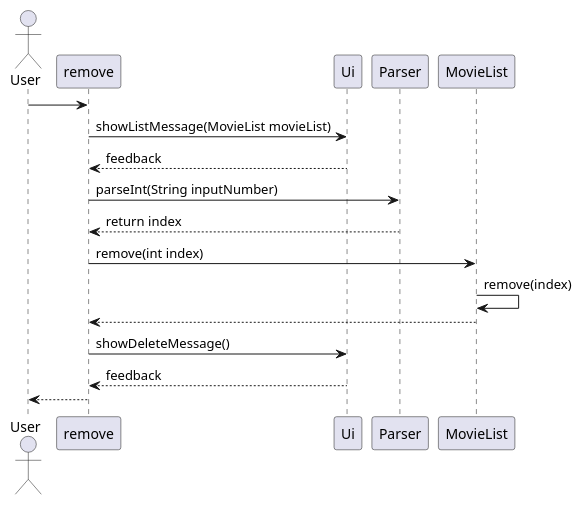
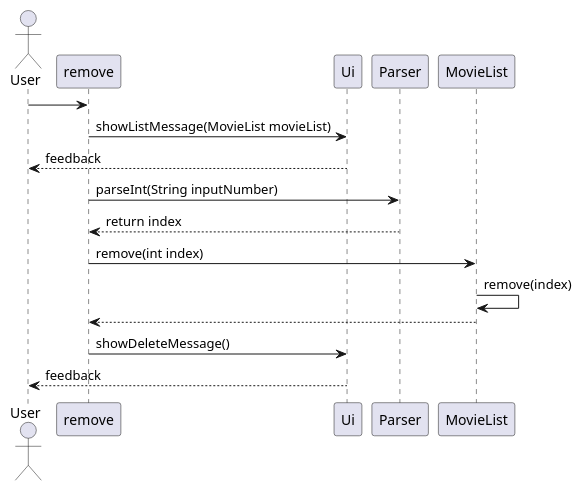
The diagram in docs/PUMLFiles/MovieList/movielist_remove_sequence.puml (zzs-RedCocoon/tp), drawn with PlantUML before and after one commit. The commit also changed 4 other files, not shown here.

Commit message:
Add sequence diagram for seedetail

```diff
--- a/docs/PUMLFiles/MovieList/movielist_remove_sequence.puml
+++ b/docs/PUMLFiles/MovieList/movielist_remove_sequence.puml
@@ -1,20 +1,20 @@
 @startuml
 
-'movielist2, sequence diagram'
+'movielist3, sequence diagram'
 actor User
 
 User -> remove
 remove -> Ui : showListMessage(MovieList movieList)
-Ui --> remove: feedback
+Ui --> User: feedback
 remove -> Parser : parseInt(String inputNumber)
 Parser --> remove : return index
 
 remove -> MovieList: remove(int index)
 MovieList -> MovieList: remove(index)
 MovieList --> remove
 
 remove -> Ui : showDeleteMessage()
-Ui --> remove : feedback
+Ui --> User : feedback
 
-remove --> User
+
 @enduml
```
